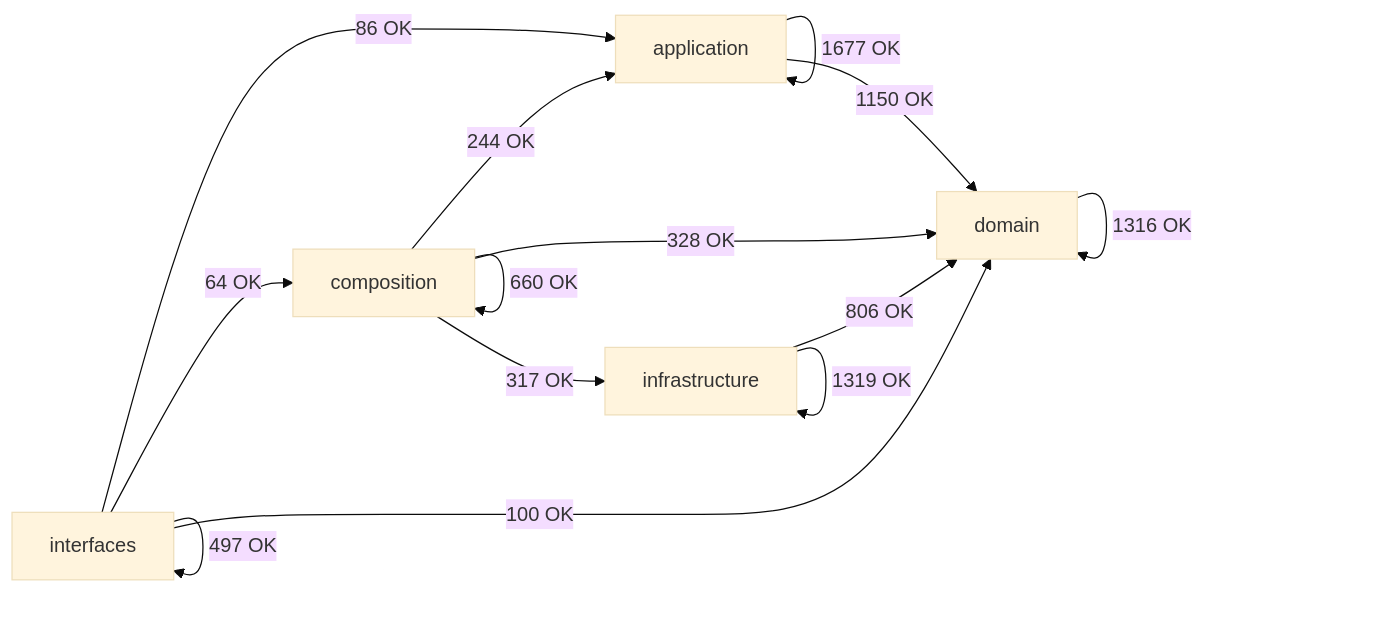
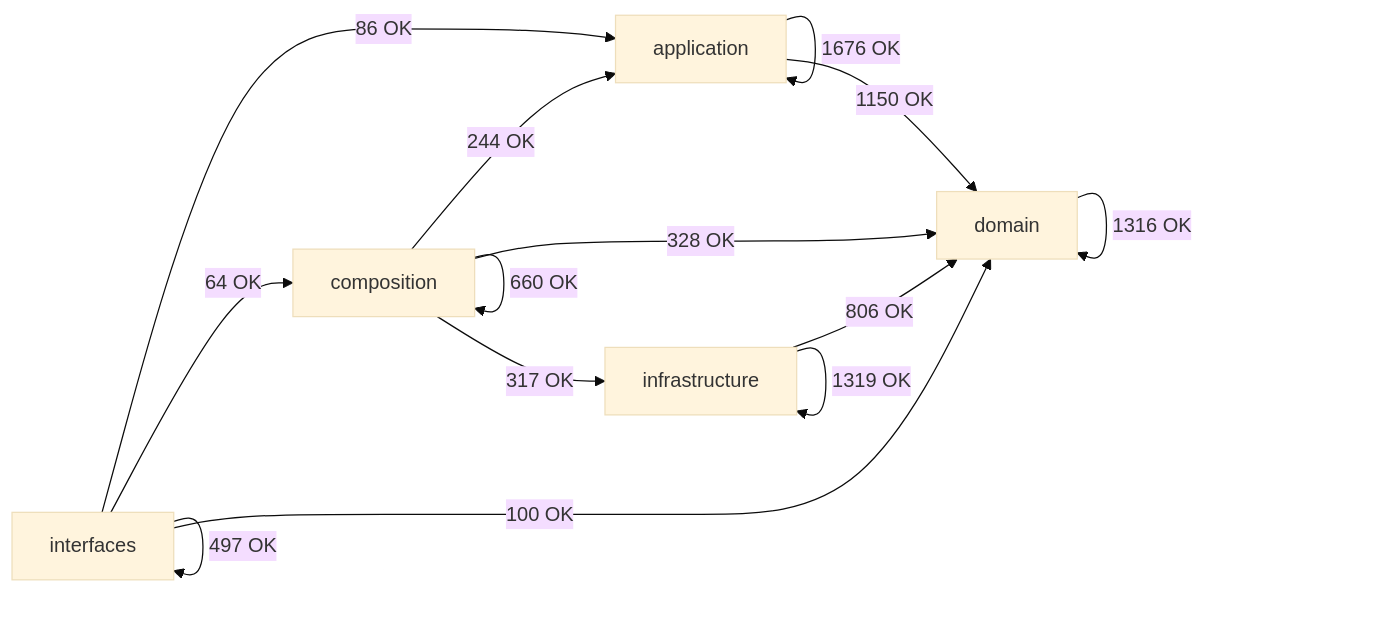
Before and after one commit to SatoryKono/BioactivityDataAcquisition: the diagram in docs/02-architecture/generated/module-dependency-map.md, drawn with Mermaid (base theme). The commit also changed other lines of this file and 17 other files, not shown here.

````diff
--- a/docs/02-architecture/generated/module-dependency-map.md
+++ b/docs/02-architecture/generated/module-dependency-map.md
@@ -17,21 +17,21 @@
 ```mermaid
 flowchart LR
     domain[domain]
     application[application]
     infrastructure[infrastructure]
     composition[composition]
     interfaces[interfaces]
-    application -->|1677 OK| application
+    application -->|1676 OK| application
     application -->|1150 OK| domain
     composition -->|244 OK| application
     composition -->|660 OK| composition
     composition -->|328 OK| domain
     composition -->|317 OK| infrastructure
     domain -->|1316 OK| domain
     infrastructure -->|806 OK| domain
     infrastructure -->|1319 OK| infrastructure
     interfaces -->|86 OK| application
     interfaces -->|64 OK| composition
     interfaces -->|100 OK| domain
     interfaces -->|497 OK| interfaces
 ```
````
